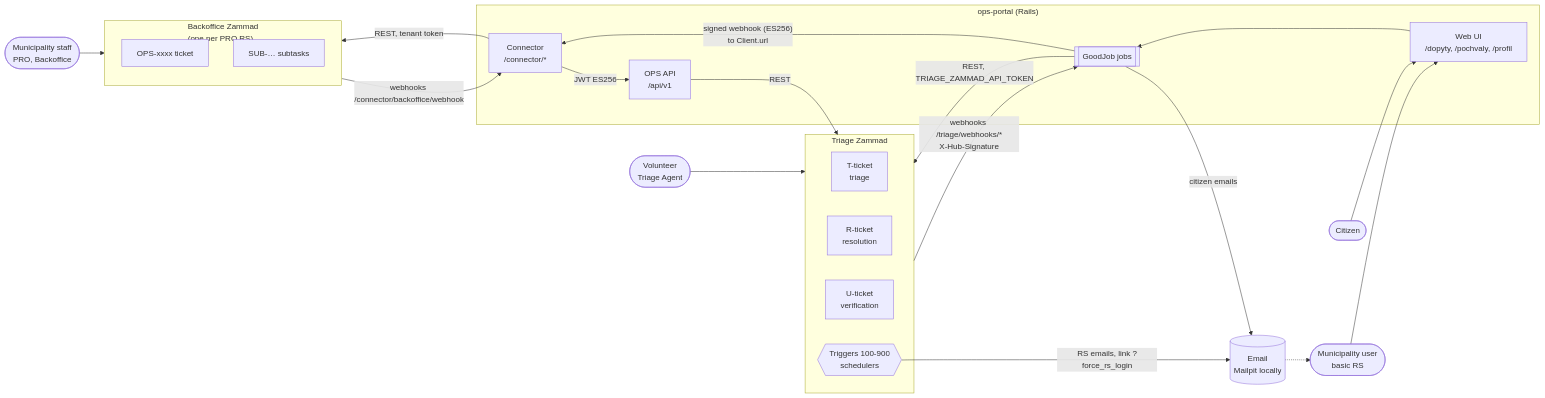
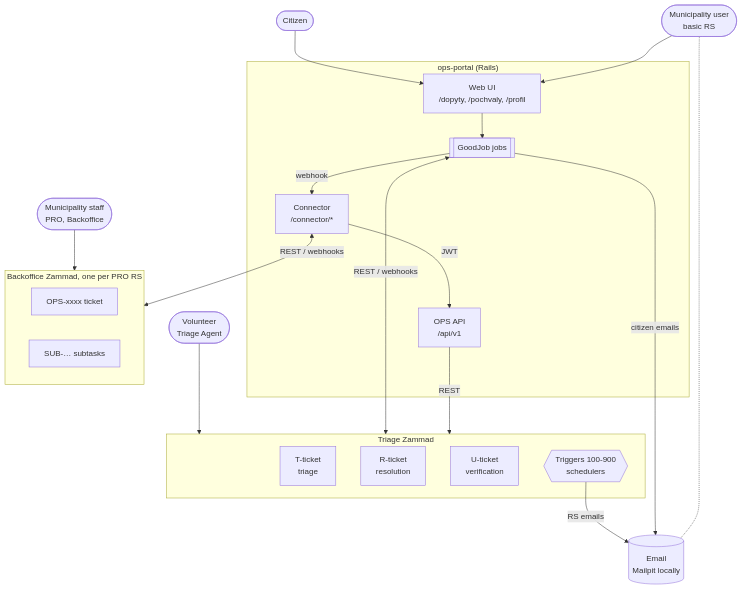
One commit to slovensko-digital/ops-portal changed the diagram in docs/how-it-works/01-overview.md. Above: the diagram before and after it, drawn with Mermaid. The commit also changed other lines of this file, not shown here.

Commit message:
docs: make the overview system map readable on GitHub
Lay the diagram out top-down, keep arrow labels to a few words and move
endpoints, tokens and signatures into a Connections table below it.

````diff
--- a/docs/how-it-works/01-overview.md
+++ b/docs/how-it-works/01-overview.md
@@ -5,44 +5,42 @@
 ```mermaid
-flowchart LR
+flowchart TD
   citizen([Citizen])
   rsuser([Municipality user<br/>basic RS])
   vol([Volunteer<br/>Triage Agent])
   staff([Municipality staff<br/>PRO, Backoffice])
 
   subgraph Portal["ops-portal (Rails)"]
     web[Web UI<br/>/dopyty, /pochvaly, /profil]
     jobs[[GoodJob jobs]]
+    conn[Connector<br/>/connector/*]
     api[OPS API<br/>/api/v1]
-    conn[Connector<br/>/connector/*]
   end
 
   subgraph Triage["Triage Zammad"]
     tt[T-ticket<br/>triage]
     rt[R-ticket<br/>resolution]
     ut[U-ticket<br/>verification]
     trig{{Triggers 100-900<br/>schedulers}}
   end
 
-  subgraph BO["Backoffice Zammad<br/>(one per PRO RS)"]
+  subgraph BO["Backoffice Zammad, one per PRO RS"]
     bt[OPS-xxxx ticket]
     sub[SUB-… subtasks]
   end
 
   mail[(Email<br/>Mailpit locally)]
 
   citizen --> web
   rsuser --> web
+  vol --> Triage
+  staff --> BO
   web --> jobs
-  jobs -- "REST, TRIAGE_ZAMMAD_API_TOKEN" --> Triage
-  Triage -- "webhooks /triage/webhooks/*<br/>X-Hub-Signature" --> jobs
-  vol --> Triage
-  trig -- "RS emails, link ?force_rs_login" --> mail
-  jobs -- "citizen emails" --> mail
-  mail -.-> rsuser
-  jobs -- "signed webhook (ES256)<br/>to Client.url" --> conn
-  conn -- "JWT ES256" --> api
-  api -- "REST" --> Triage
-  conn -- "REST, tenant token" --> BO
-  BO -- "webhooks /connector/backoffice/webhook" --> conn
-  staff --> BO
+  jobs <-- REST / webhooks --> Triage
+  jobs -- webhook --> conn
+  conn -- JWT --> api
+  api -- REST --> Triage
+  conn <-- REST / webhooks --> BO
+  trig -- RS emails --> mail
+  jobs -- citizen emails --> mail
+  rsuser <-.- mail
 ```
````
